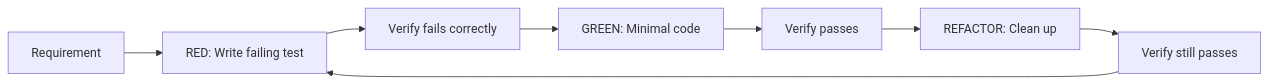
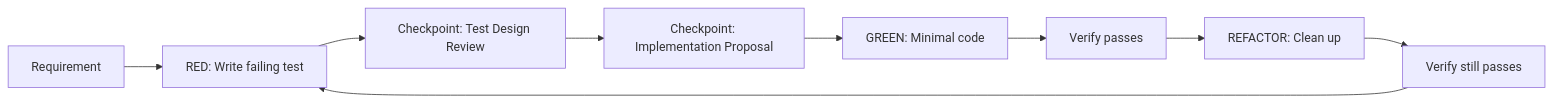
Before and after one commit to igmarin/my-RoR-personal-skills: the seventh of 15 diagrams in docs/workflow-guide.md, drawn with Mermaid. The commit also changed other lines of this file and 9 other files, not shown here.

First line of the commit message:
feat: TDD Feature Loop, GraphQL skill, review-response split, and new workflows (#10)

````diff
--- a/docs/workflow-guide.md
+++ b/docs/workflow-guide.md
@@ -149,10 +239,11 @@
 ```mermaid
 flowchart LR
     A[Requirement] --> B["RED: Write failing test"]
-    B --> C["Verify fails correctly"]
-    C --> D["GREEN: Minimal code"]
-    D --> E["Verify passes"]
-    E --> F["REFACTOR: Clean up"]
-    F --> G["Verify still passes"]
-    G --> B
+    B --> C["Checkpoint: Test Design Review"]
+    C --> D["Checkpoint: Implementation Proposal"]
+    D --> E["GREEN: Minimal code"]
+    E --> F["Verify passes"]
+    F --> G["REFACTOR: Clean up"]
+    G --> H["Verify still passes"]
+    H --> B
 ```
````
